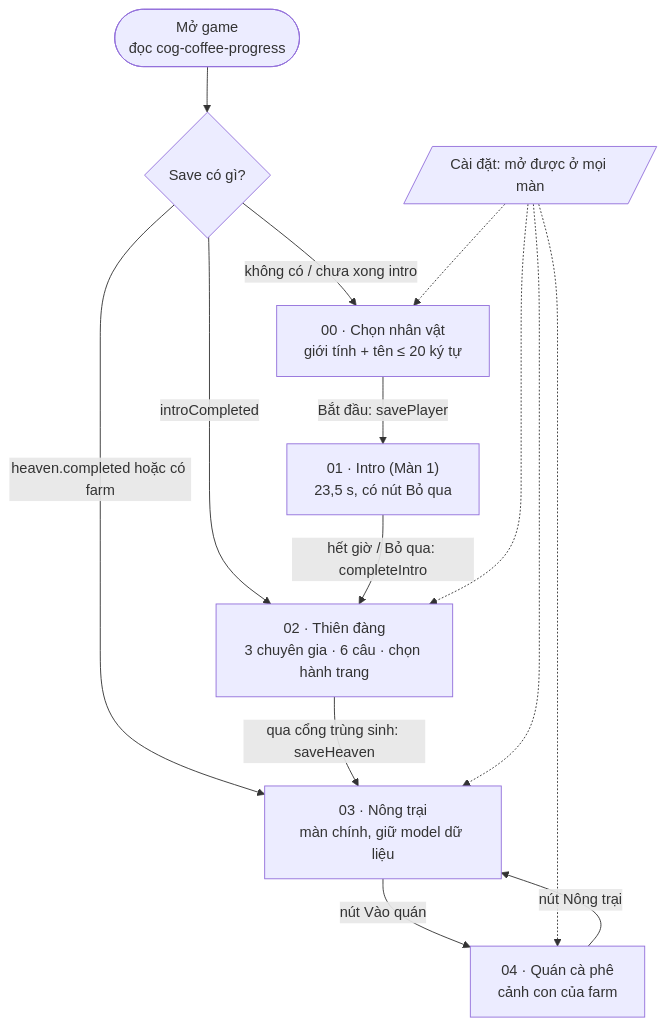
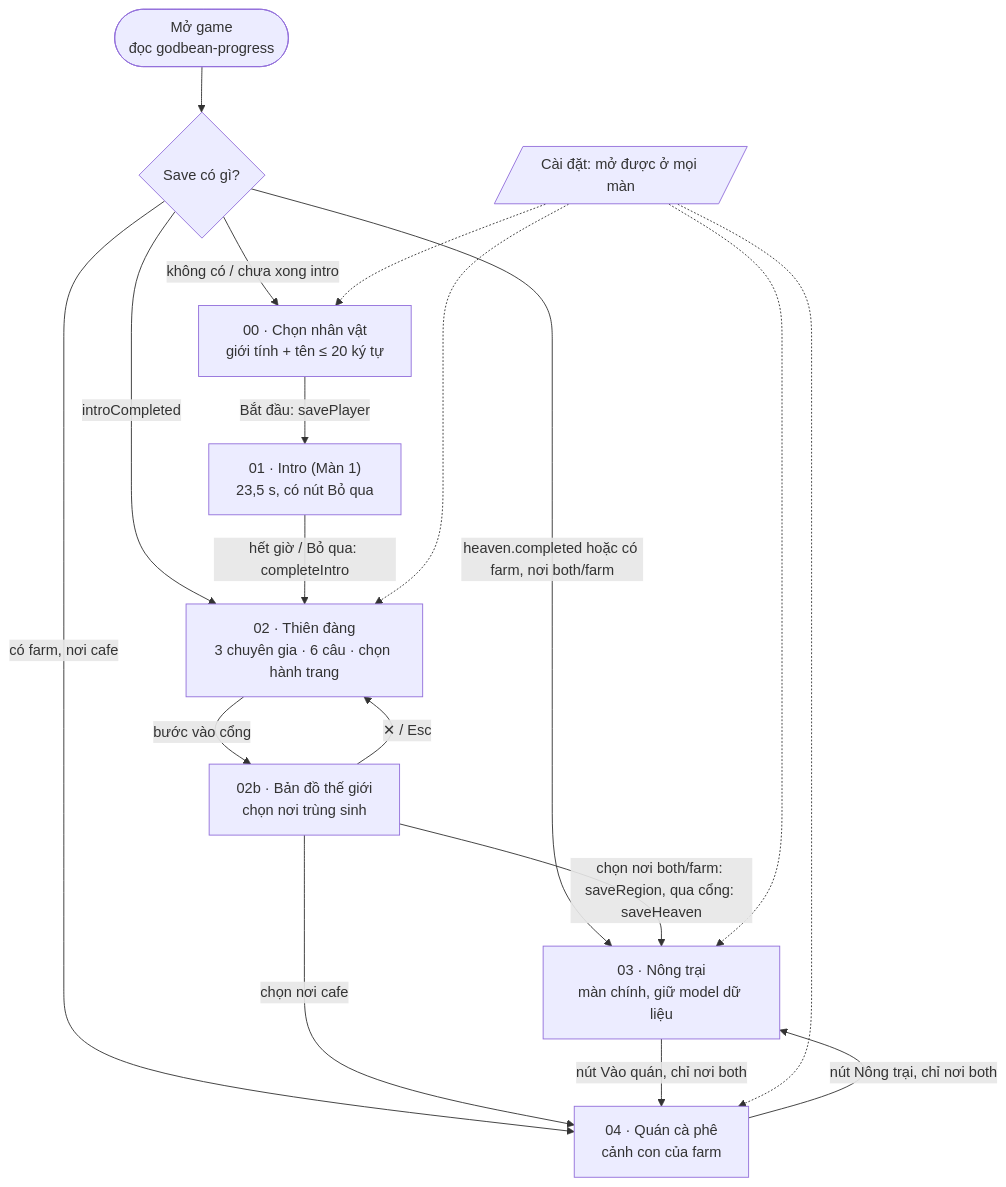
The diagram in docs/game-flow.md (tahulk79/COG-CoffeeGame), drawn with Mermaid before and after one commit. The commit also changed other lines of this file and 171 other files, not shown here.

````diff
--- a/docs/game-flow.md
+++ b/docs/game-flow.md
@@ -7,18 +7,22 @@
 ```mermaid
 flowchart TD
-    BOOT([Mở game<br/>đọc cog-coffee-progress]) --> CHK{Save có gì?}
+    BOOT([Mở game<br/>đọc godbean-progress]) --> CHK{Save có gì?}
     CHK -->|không có / chưa xong intro| SEL
     CHK -->|introCompleted| HEAVEN
-    CHK -->|heaven.completed hoặc có farm| FARM
+    CHK -->|heaven.completed hoặc có farm, nơi both/farm| FARM
+    CHK -->|có farm, nơi cafe| CAFE
 
     SEL["00 · Chọn nhân vật<br/>giới tính + tên ≤ 20 ký tự"] -->|Bắt đầu: savePlayer| INTRO
     INTRO["01 · Intro (Màn 1)<br/>23,5 s, có nút Bỏ qua"] -->|hết giờ / Bỏ qua: completeIntro| HEAVEN
-    HEAVEN["02 · Thiên đàng<br/>3 chuyên gia · 6 câu · chọn hành trang"] -->|qua cổng trùng sinh: saveHeaven| FARM
-    FARM["03 · Nông trại<br/>màn chính, giữ model dữ liệu"] -->|nút Vào quán| CAFE
-    CAFE["04 · Quán cà phê<br/>cảnh con của farm"] -->|nút Nông trại| FARM
+    HEAVEN["02 · Thiên đàng<br/>3 chuyên gia · 6 câu · chọn hành trang"] -->|bước vào cổng| MAP
+    MAP["02b · Bản đồ thế giới<br/>chọn nơi trùng sinh"] -->|✕ / Esc| HEAVEN
+    MAP -->|chọn nơi both/farm: saveRegion, qua cổng: saveHeaven| FARM
+    MAP -->|chọn nơi cafe| CAFE
+    FARM["03 · Nông trại<br/>màn chính, giữ model dữ liệu"] -->|nút Vào quán, chỉ nơi both| CAFE
+    CAFE["04 · Quán cà phê<br/>cảnh con của farm"] -->|nút Nông trại, chỉ nơi both| FARM
 
     SET[/Cài đặt: mở được ở mọi màn/] -.-> SEL
     SET -.-> HEAVEN
     SET -.-> FARM
     SET -.-> CAFE
 ```
````
